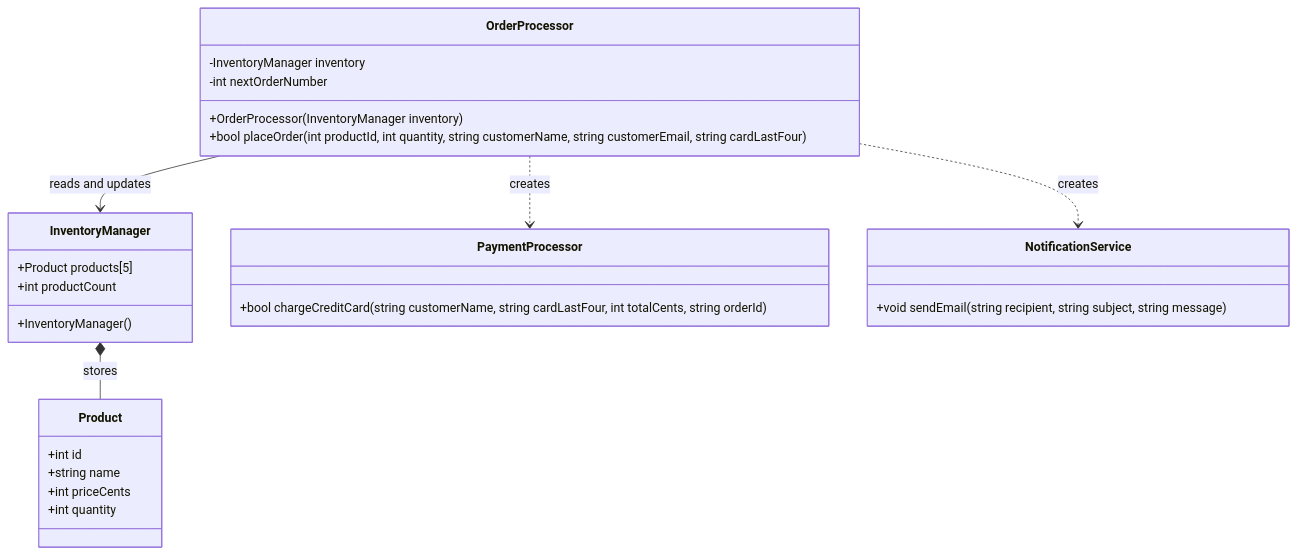
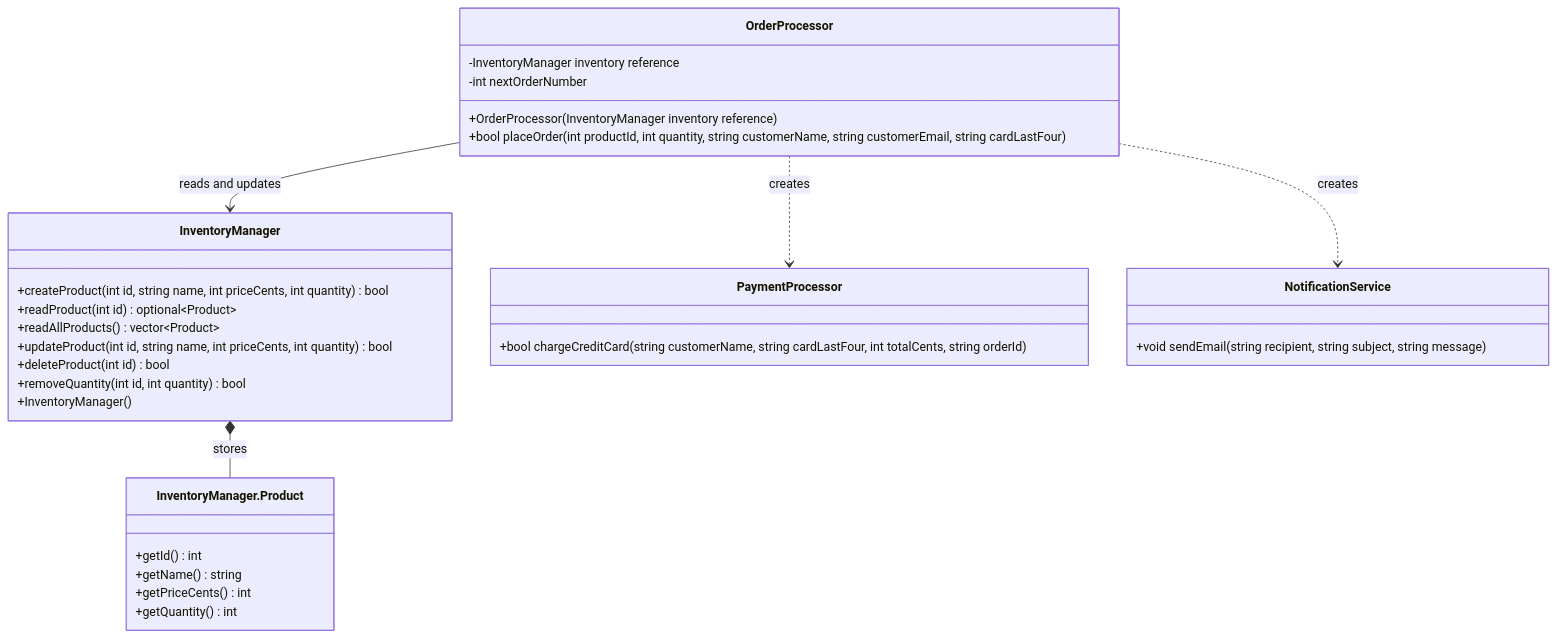
Before and after one commit to ChicoState/StoryMcStoreface: the diagram in README.md, drawn with Mermaid. The commit also changed other lines of this file, not shown here.

Commit message:
Update documentation for Inventory

````diff
--- a/README.md
+++ b/README.md
@@ -60,35 +60,39 @@
 ```mermaid
 classDiagram
     class InventoryManager {
-        +Product products[5]
-        +int productCount
+        +createProduct(int id, string name, int priceCents, int quantity) bool
+        +readProduct(int id) optional~Product~
+        +readAllProducts() vector~Product~
+        +updateProduct(int id, string name, int priceCents, int quantity) bool
+        +deleteProduct(int id) bool
+        +removeQuantity(int id, int quantity) bool
         +InventoryManager()
     }
 
-    class Product {
-        +int id
-        +string name
-        +int priceCents
-        +int quantity
+    class InventoryManager.Product {
+        +getId() int
+        +getName() string
+        +getPriceCents() int
+        +getQuantity() int
     }
 
     class OrderProcessor {
-        -InventoryManager inventory
+        -InventoryManager inventory reference
         -int nextOrderNumber
-        +OrderProcessor(InventoryManager inventory)
+        +OrderProcessor(InventoryManager inventory reference)
         +bool placeOrder(int productId, int quantity, string customerName, string customerEmail, string cardLastFour)
     }
 
     class PaymentProcessor {
         +bool chargeCreditCard(string customerName, string cardLastFour, int totalCents, string orderId)
     }
 
     class NotificationService {
         +void sendEmail(string recipient, string subject, string message)
     }
 
-    InventoryManager *-- Product : stores
+    InventoryManager *-- InventoryManager.Product : stores
     OrderProcessor --> InventoryManager : reads and updates
     OrderProcessor ..> PaymentProcessor : creates
     OrderProcessor ..> NotificationService : creates
 ```
````
